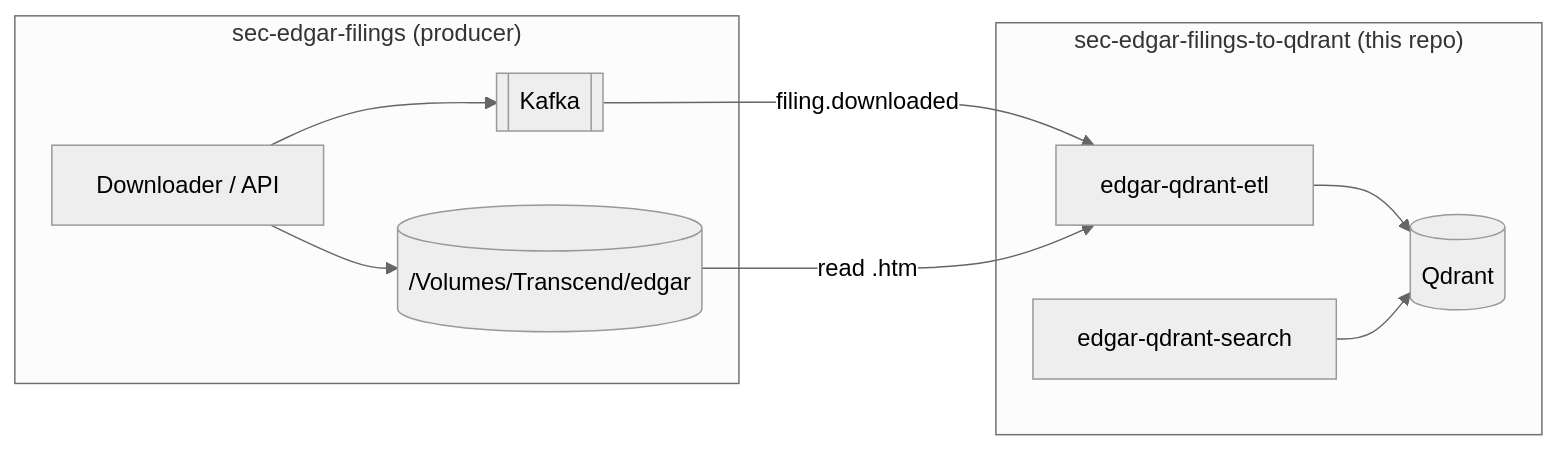
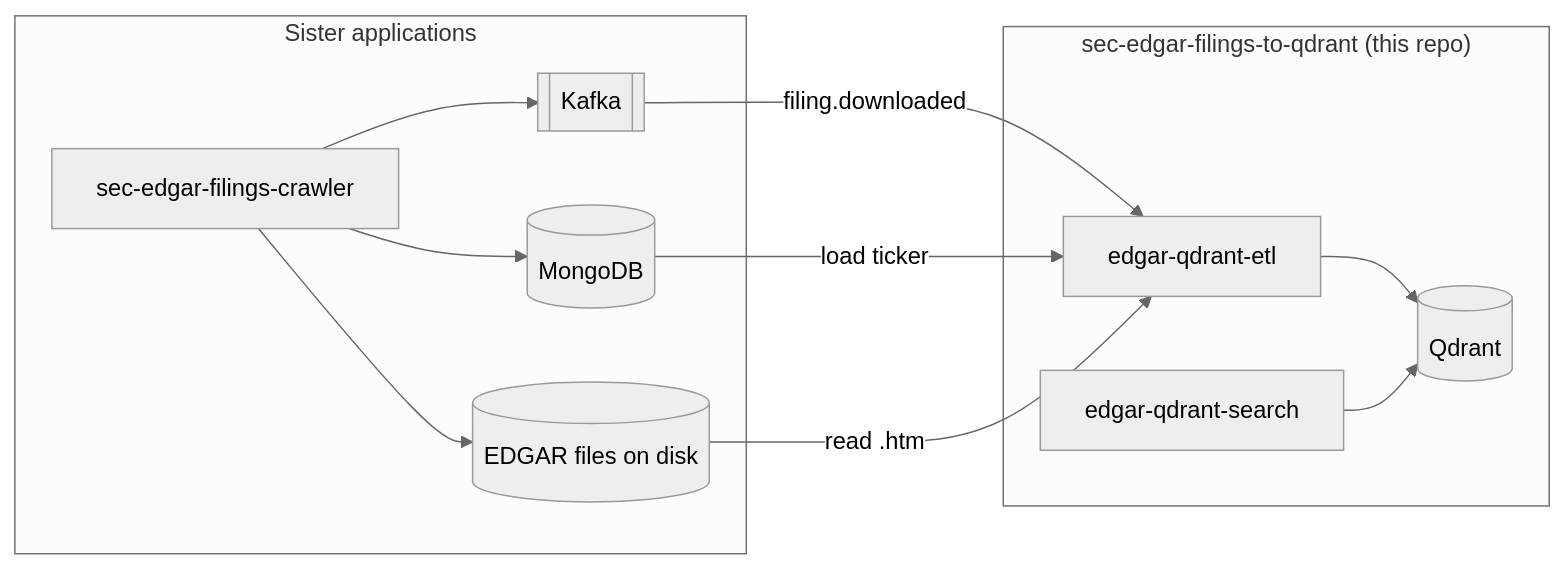
Before and after one commit to sanjuthomas/sec-edgar-filings-to-qdrant: the fourth of 4 diagrams in README.md, drawn with Mermaid (neutral theme). The commit also changed other lines of this file and 24 other files, not shown here.

````diff
--- a/README.md
+++ b/README.md
@@ -108,21 +187,24 @@
 ```mermaid
 flowchart LR
-    subgraph producer ["sec-edgar-filings (producer)"]
-        DL[Downloader / API]
+    subgraph sisters ["Sister applications"]
+        Crawler[sec-edgar-filings-crawler]
         Kafka[[Kafka]]
-        Disk[(/Volumes/Transcend/edgar)]
-        DL --> Disk
-        DL --> Kafka
+        Mongo[(MongoDB)]
+        Disk[(EDGAR files on disk)]
+        Crawler --> Disk
+        Crawler --> Kafka
+        Crawler --> Mongo
     end
 
-    subgraph consumer ["sec-edgar-filings-to-qdrant (this repo)"]
-        ETL[edgar-qdrant-etl]
+    subgraph thisrepo ["sec-edgar-filings-to-qdrant (this repo)"]
+        Admin[edgar-qdrant-etl]
         Qdrant[(Qdrant)]
         Search[edgar-qdrant-search]
-        ETL --> Qdrant
+        Admin --> Qdrant
         Search --> Qdrant
     end
 
-    Kafka -->|filing.downloaded| ETL
-    Disk -->|read .htm| ETL
+    Kafka -->|filing.downloaded| Admin
+    Mongo -->|load ticker| Admin
+    Disk -->|read .htm| Admin
 ```
````
